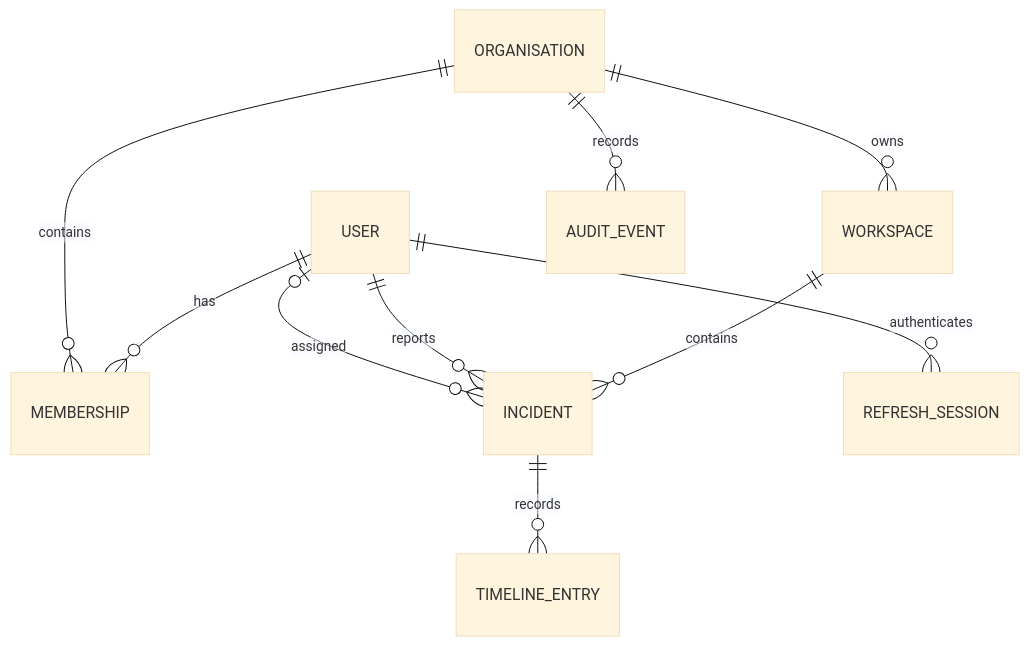
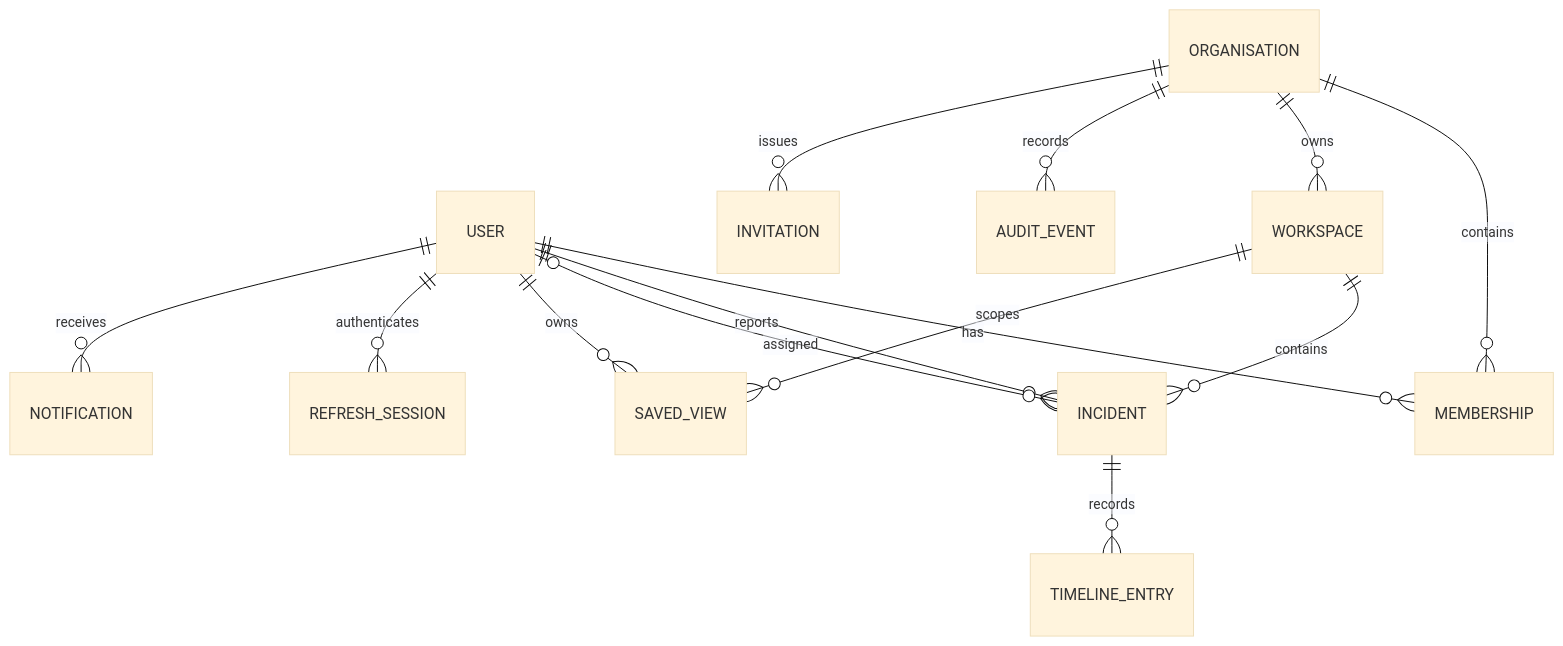
Before and after one commit to khalteck/RelayOps: the diagram in docs/database-schema.md, drawn with Mermaid (base theme). The commit also changed other lines of this file and 122 other files, not shown here.

````diff
--- a/docs/database-schema.md
+++ b/docs/database-schema.md
@@ -6,12 +6,16 @@
 ```mermaid
 erDiagram
     USER ||--o{ MEMBERSHIP : has
     ORGANISATION ||--o{ MEMBERSHIP : contains
     ORGANISATION ||--o{ WORKSPACE : owns
     WORKSPACE ||--o{ INCIDENT : contains
     USER ||--o{ INCIDENT : reports
     USER o|--o{ INCIDENT : assigned
     INCIDENT ||--o{ TIMELINE_ENTRY : records
+    USER ||--o{ SAVED_VIEW : owns
+    WORKSPACE ||--o{ SAVED_VIEW : scopes
     ORGANISATION ||--o{ AUDIT_EVENT : records
     USER ||--o{ REFRESH_SESSION : authenticates
+    ORGANISATION ||--o{ INVITATION : issues
+    USER ||--o{ NOTIFICATION : receives
 ```
````
